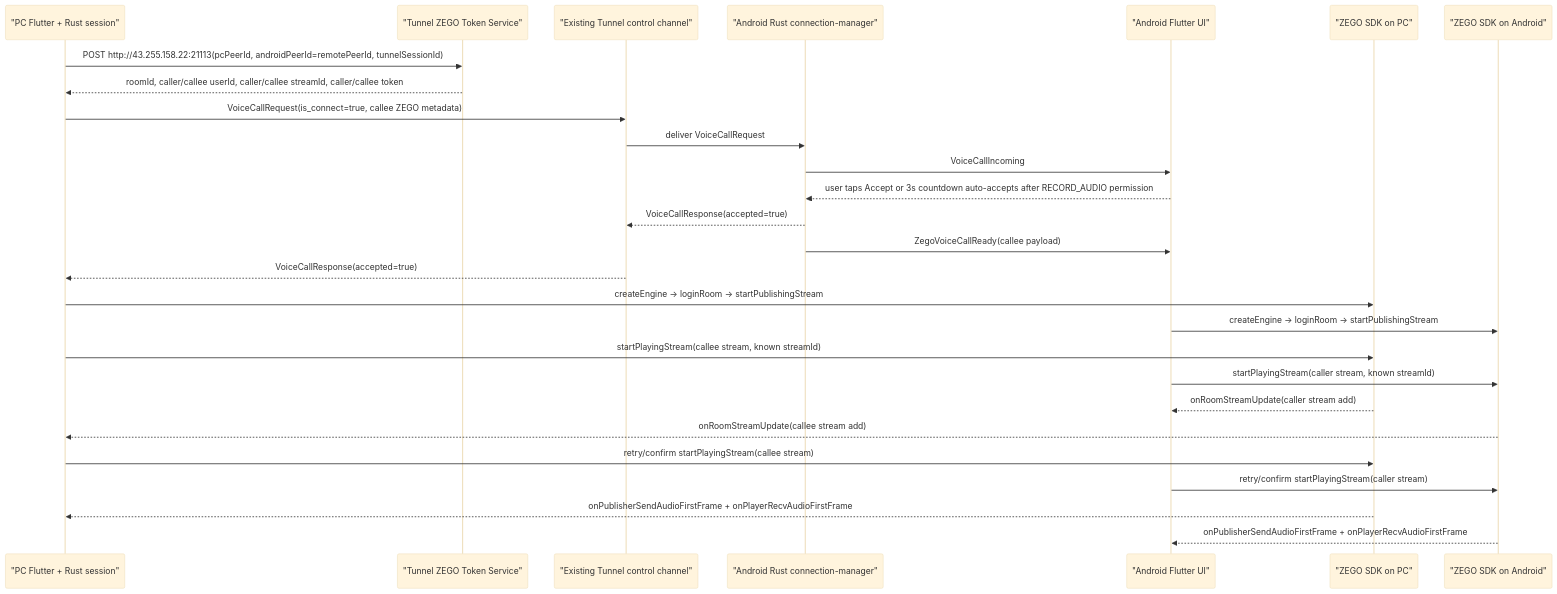
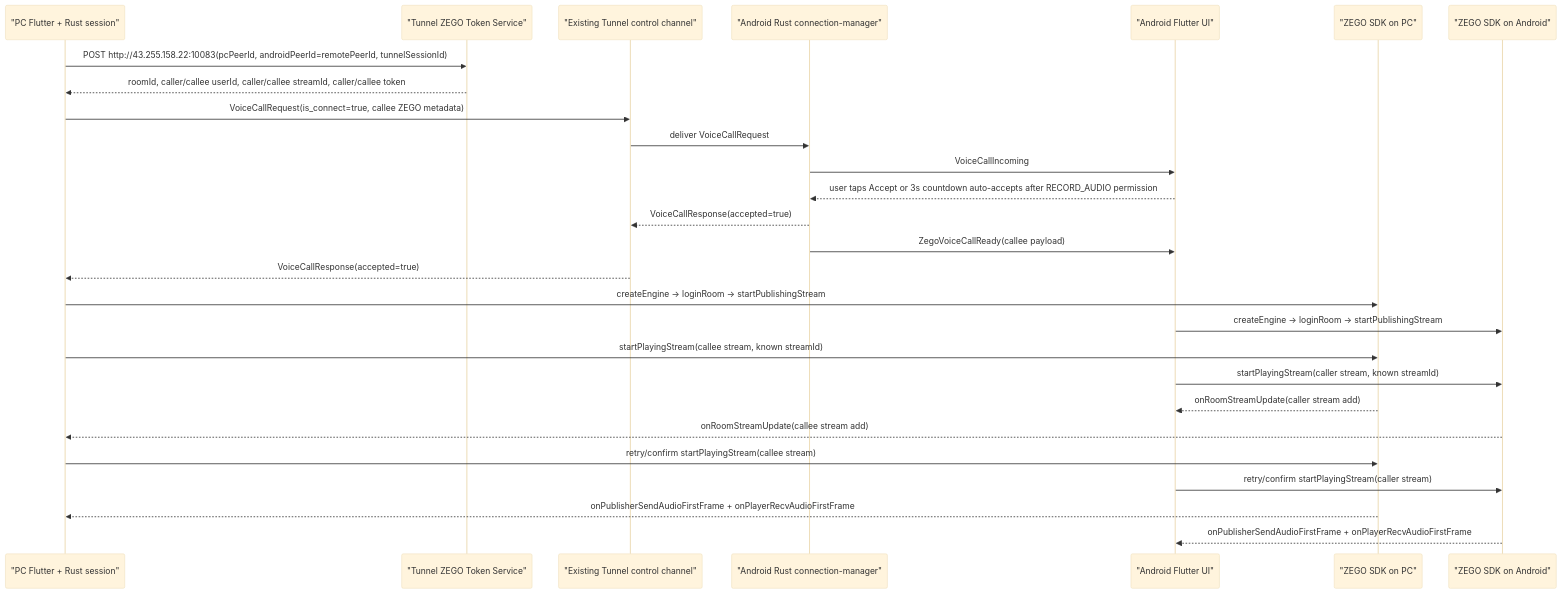
One commit to adb-shell/Tunnel changed the first of 3 diagrams in docs/ZEGO_VOICE_CALL_ARCHITECTURE.md. Above: the diagram before and after it, drawn with Mermaid (base theme). The commit also changed other lines of this file and 9 other files, not shown here.

````diff
--- a/docs/ZEGO_VOICE_CALL_ARCHITECTURE.md
+++ b/docs/ZEGO_VOICE_CALL_ARCHITECTURE.md
@@ -17,30 +17,30 @@
 ```mermaid
 sequenceDiagram
     participant PC as "PC Flutter + Rust session"
     participant Token as "Tunnel ZEGO Token Service"
     participant Conn as "Existing Tunnel control channel"
     participant AndroidRust as "Android Rust connection-manager"
     participant AndroidUI as "Android Flutter UI"
     participant ZegoPC as "ZEGO SDK on PC"
     participant ZegoAndroid as "ZEGO SDK on Android"
 
-    PC->>Token: POST http://43.255.158.22:21113(pcPeerId, androidPeerId=remotePeerId, tunnelSessionId)
+    PC->>Token: POST http://43.255.158.22:10083(pcPeerId, androidPeerId=remotePeerId, tunnelSessionId)
     Token-->>PC: roomId, caller/callee userId, caller/callee streamId, caller/callee token
     PC->>Conn: VoiceCallRequest(is_connect=true, callee ZEGO metadata)
     Conn->>AndroidRust: deliver VoiceCallRequest
     AndroidRust->>AndroidUI: VoiceCallIncoming
     AndroidUI-->>AndroidRust: user taps Accept or 3s countdown auto-accepts after RECORD_AUDIO permission
     AndroidRust-->>Conn: VoiceCallResponse(accepted=true)
     AndroidRust->>AndroidUI: ZegoVoiceCallReady(callee payload)
     Conn-->>PC: VoiceCallResponse(accepted=true)
     PC->>ZegoPC: createEngine -> loginRoom -> startPublishingStream
     AndroidUI->>ZegoAndroid: createEngine -> loginRoom -> startPublishingStream
     PC->>ZegoPC: startPlayingStream(callee stream, known streamId)
     AndroidUI->>ZegoAndroid: startPlayingStream(caller stream, known streamId)
     ZegoPC-->>AndroidUI: onRoomStreamUpdate(caller stream add)
     ZegoAndroid-->>PC: onRoomStreamUpdate(callee stream add)
     PC->>ZegoPC: retry/confirm startPlayingStream(callee stream)
     AndroidUI->>ZegoAndroid: retry/confirm startPlayingStream(caller stream)
     ZegoPC-->>PC: onPublisherSendAudioFirstFrame + onPlayerRecvAudioFirstFrame
     ZegoAndroid-->>AndroidUI: onPublisherSendAudioFirstFrame + onPlayerRecvAudioFirstFrame
 ```
````
